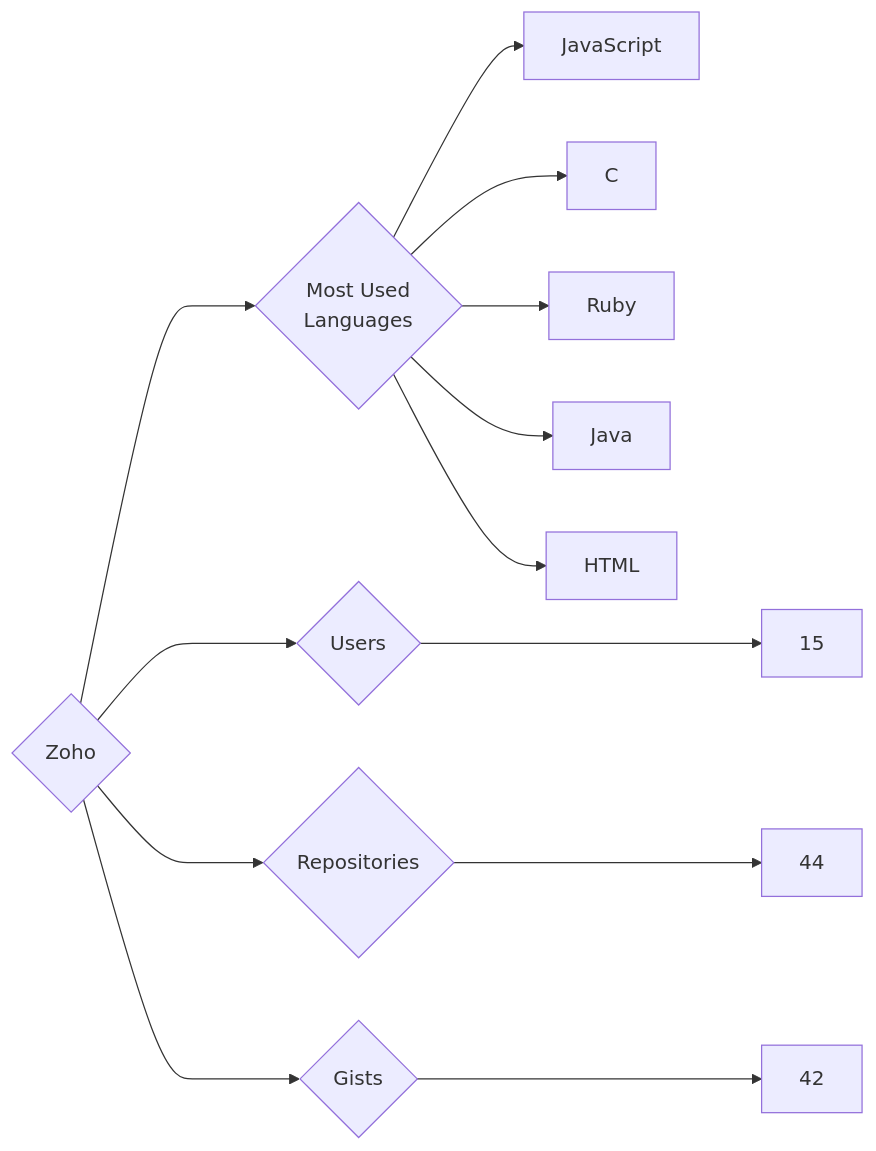
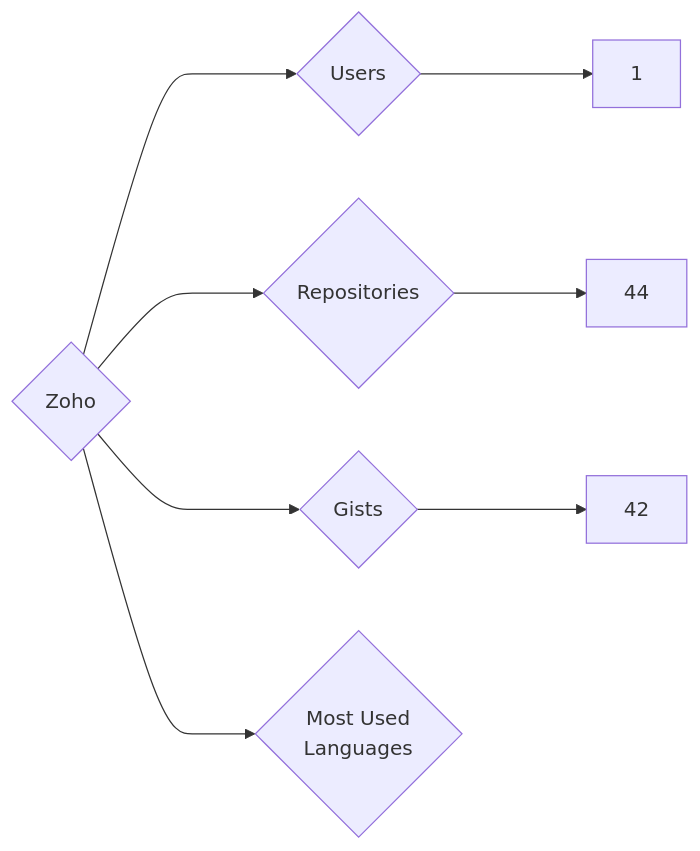
Before and after one commit to trickest/insiders: the diagram in targets/Zoho/README.md, drawn with Mermaid. The commit also changed 920 other files, not shown here.

````diff
--- a/targets/Zoho/README.md
+++ b/targets/Zoho/README.md
@@ -3,13 +3,8 @@
 ```mermaid
 graph LR
 COMPANY_NAME{Zoho}
-COMPANY_NAME ---> U{Users} ---> UN[15]
+COMPANY_NAME ---> U{Users} ---> UN[1]
 COMPANY_NAME ---> R{Repositories} ---> RN[44]
 COMPANY_NAME ---> G{Gists} ---> GN[42]
 COMPANY_NAME ---> ML{Most Used<br>Languages}
-ML --> JavaScript[JavaScript]
-ML --> C[C]
-ML --> Ruby[Ruby]
-ML --> Java[Java]
-ML --> HTML[HTML]
 ```
````
